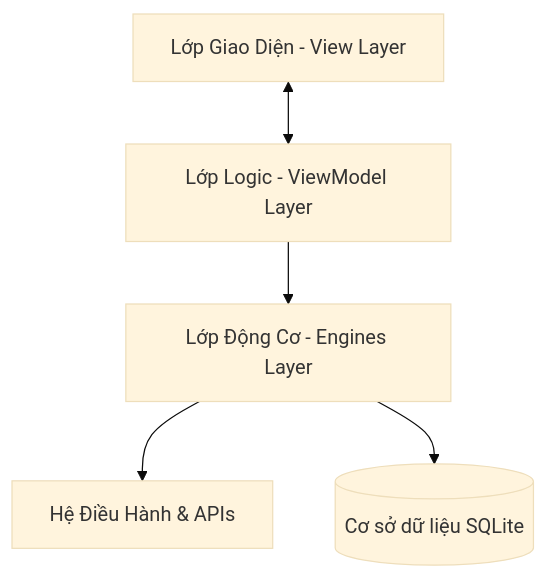
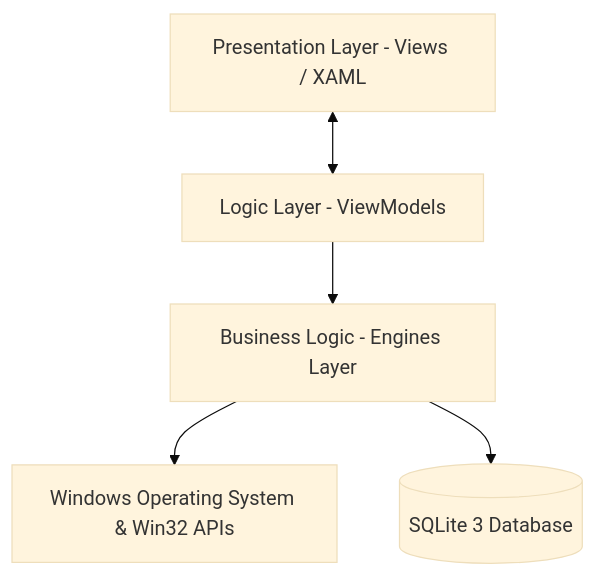
Before and after one commit to Nguyen-Trung-Tien/WinCarePro: the diagram in docs/DEVELOPER_GUIDE.md, drawn with Mermaid (base theme). The commit also changed other lines of this file and 39 other files, not shown here.

Commit message:
docs: add comprehensive system documentation, architecture guides, developer onboarding, and AI agent rule/skill sets

````diff
--- a/docs/DEVELOPER_GUIDE.md
+++ b/docs/DEVELOPER_GUIDE.md
@@ -13,7 +13,7 @@
 ```mermaid
 graph TD
-    UI[Lớp Giao Diện - View Layer] <--> VM[Lớp Logic - ViewModel Layer]
-    VM --> Engines[Lớp Động Cơ - Engines Layer]
-    Engines --> OS[Hệ Điều Hành & APIs]
-    Engines --> DB[(Cơ sở dữ liệu SQLite)]
+    UI[Presentation Layer - Views / XAML] <--> VM[Logic Layer - ViewModels]
+    VM --> Engines[Business Logic - Engines Layer]
+    Engines --> OS[Windows Operating System & Win32 APIs]
+    Engines --> DB[(SQLite 3 Database)]
 ```
````
